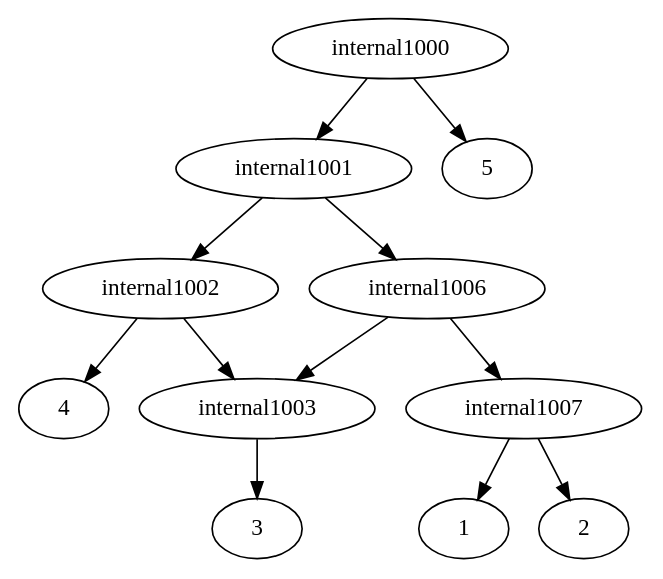
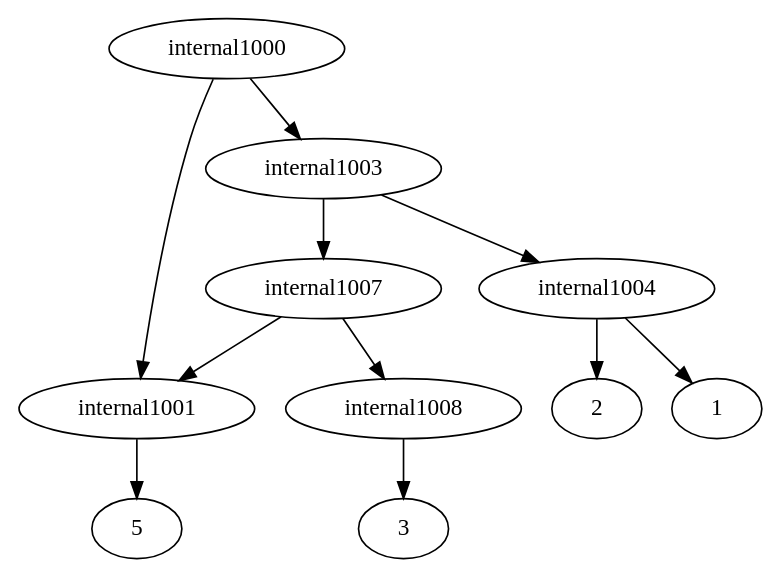
The diagram in ParsingTxt/Launcher/upload.dot (iharnoor/PhylogeneticsWebsite), drawn with Graphviz before and after one commit. The commit also changed 13 other files, not shown here.

```diff
--- a/ParsingTxt/Launcher/upload.dot
+++ b/ParsingTxt/Launcher/upload.dot
@@ -1,14 +1,13 @@
 strict digraph G1 {
 internal1000 -> internal1001
-internal1000 -> 5
-internal1001 -> internal1002
-internal1001 -> internal1006
-internal1002 -> internal1003
-internal1002 -> 4
-internal1003 -> 3
-internal1006 -> internal1007
-internal1006 -> internal1003
-internal1007 -> 1
-internal1007 -> 2
-internal1003 -> 3
+internal1000 -> internal1003
+internal1001 -> 5
+internal1003 -> internal1004
+internal1003 -> internal1007
+internal1004 -> 2
+internal1004 -> 1
+internal1007 -> internal1008
+internal1007 -> internal1001
+internal1008 -> 3
+internal1001 -> 5
 }
```
